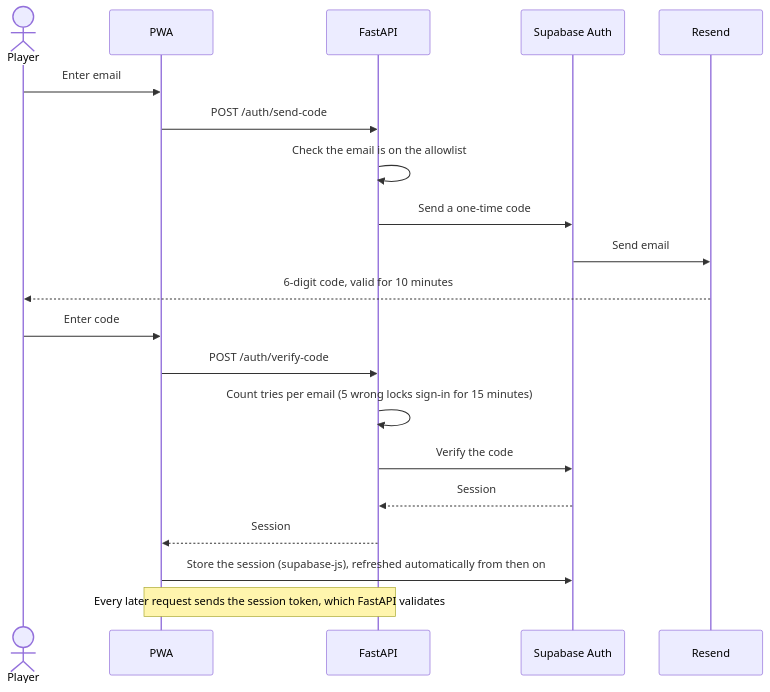
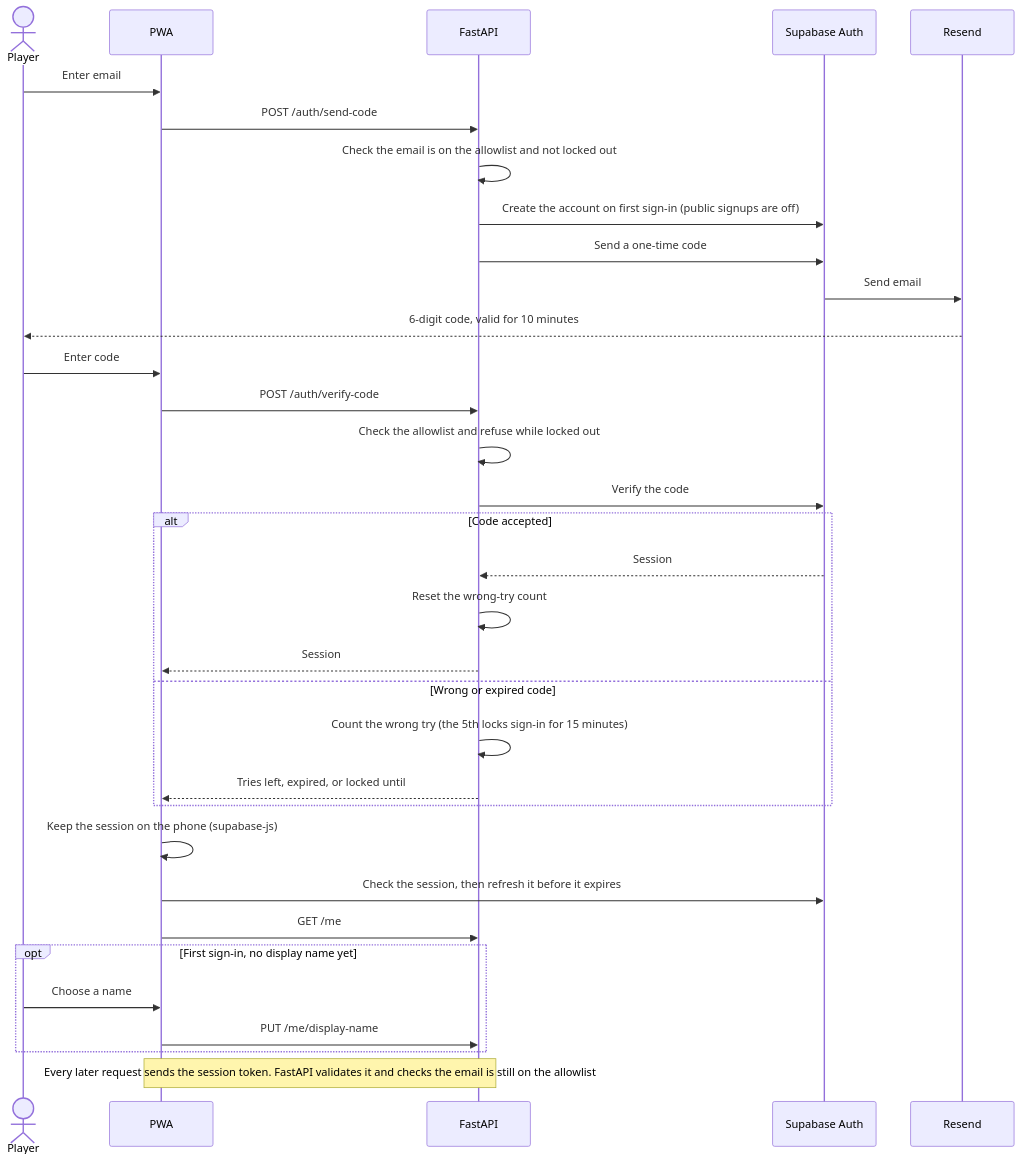
One commit to azamatsmith/soul-search changed the second of 5 diagrams in docs/architecture.md. Above: the diagram before and after it, drawn with Mermaid. The commit also changed other lines of this file, not shown here.

Commit message:
docs: match the login flow and system diagram to what is built

````diff
--- a/docs/architecture.md
+++ b/docs/architecture.md
@@ -39,23 +39,36 @@
 ```mermaid
 sequenceDiagram
     actor player as Player
     participant pwa as PWA
     participant api as FastAPI
     participant auth as Supabase Auth
     participant mail as Resend
 
     player->>pwa: Enter email
     pwa->>api: POST /auth/send-code
-    api->>api: Check the email is on the allowlist
+    api->>api: Check the email is on the allowlist and not locked out
+    api->>auth: Create the account on first sign-in (public signups are off)
     api->>auth: Send a one-time code
     auth->>mail: Send email
     mail-->>player: 6-digit code, valid for 10 minutes
     player->>pwa: Enter code
     pwa->>api: POST /auth/verify-code
-    api->>api: Count tries per email (5 wrong locks sign-in for 15 minutes)
+    api->>api: Check the allowlist and refuse while locked out
     api->>auth: Verify the code
-    auth-->>api: Session
-    api-->>pwa: Session
-    pwa->>auth: Store the session (supabase-js), refreshed automatically from then on
-    Note over pwa,api: Every later request sends the session token, which FastAPI validates
+    alt Code accepted
+        auth-->>api: Session
+        api->>api: Reset the wrong-try count
+        api-->>pwa: Session
+    else Wrong or expired code
+        api->>api: Count the wrong try (the 5th locks sign-in for 15 minutes)
+        api-->>pwa: Tries left, expired, or locked until
+    end
+    pwa->>pwa: Keep the session on the phone (supabase-js)
+    pwa->>auth: Check the session, then refresh it before it expires
+    pwa->>api: GET /me
+    opt First sign-in, no display name yet
+        player->>pwa: Choose a name
+        pwa->>api: PUT /me/display-name
+    end
+    Note over pwa,api: Every later request sends the session token. FastAPI validates it and checks the email is still on the allowlist
 ```
````
